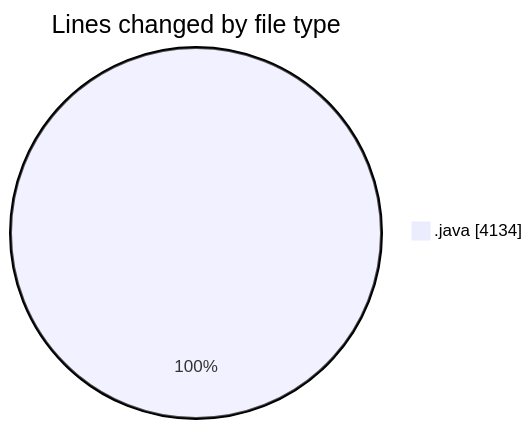
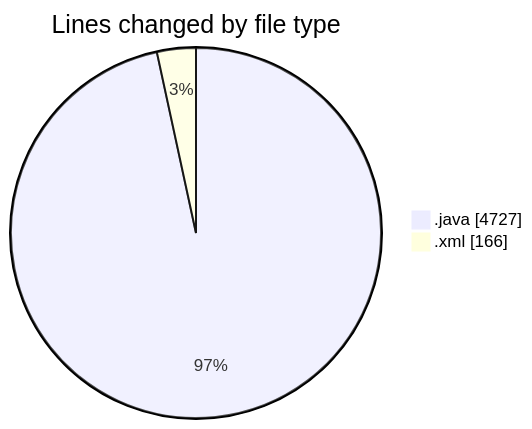
The first of 2 diagrams in 2026-06-25/cilapp/README.md (ricardozamudiocil/code-tracking), drawn with Mermaid before and after one commit. The commit also changed other lines of this file and 1 other file, not shown here.

````diff
--- a/2026-06-25/cilapp/README.md
+++ b/2026-06-25/cilapp/README.md
@@ -21,5 +23,6 @@
 ```mermaid
 pie showData
 title Lines changed by file type
-".java" : 4134
+".java" : 4727
+".xml" : 166
 ```
````
